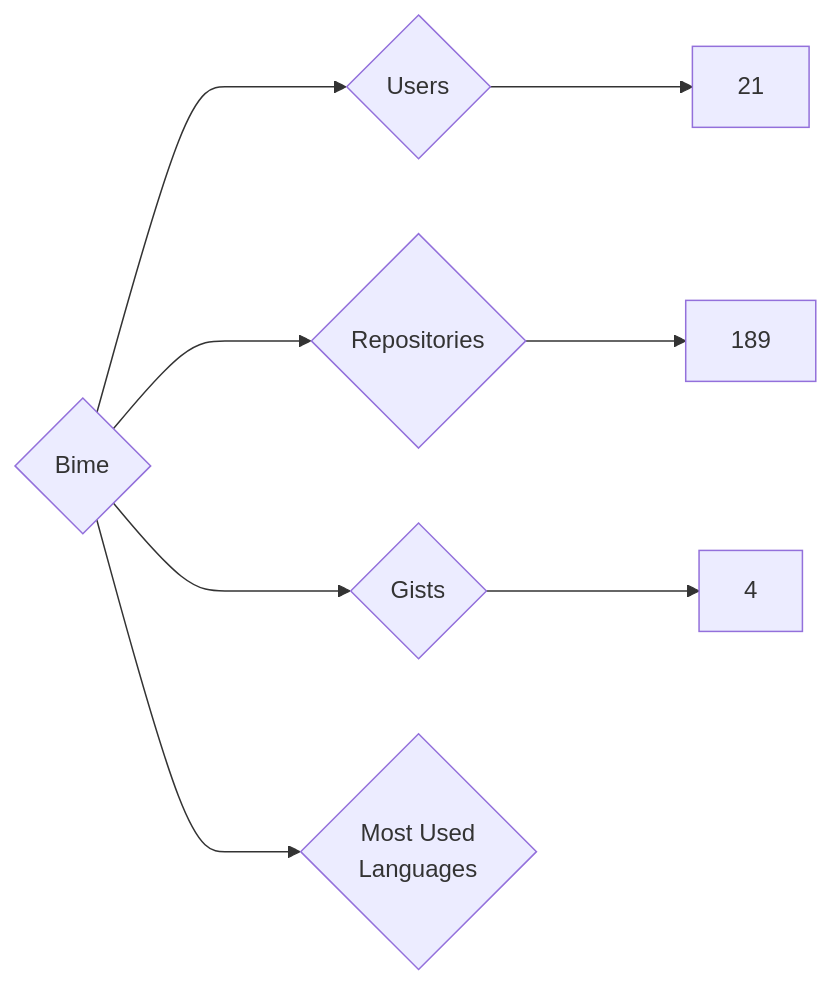
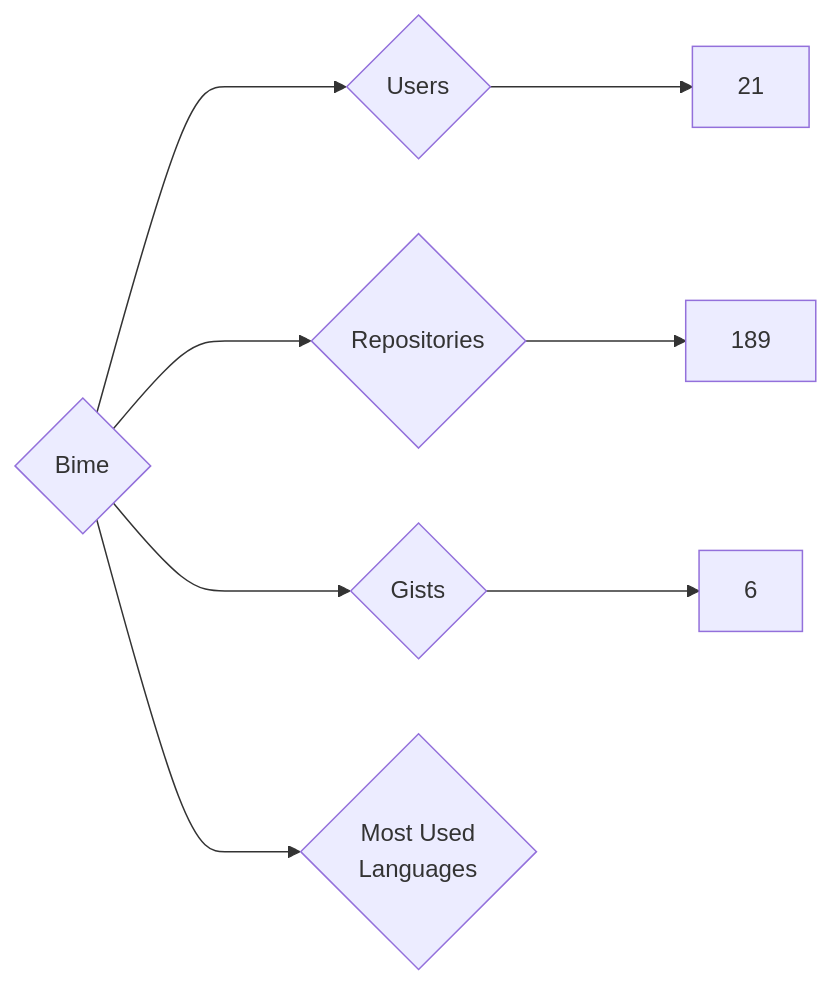
The diagram in targets/Bime/README.md (nenadzaric/insiders), drawn with Mermaid before and after one commit. The commit also changed 1342 other files, not shown here.

````diff
--- a/targets/Bime/README.md
+++ b/targets/Bime/README.md
@@ -3,8 +3,8 @@
 ```mermaid
 graph LR
 COMPANY_NAME{Bime}
 COMPANY_NAME ---> U{Users} ---> UN[21]
 COMPANY_NAME ---> R{Repositories} ---> RN[189]
-COMPANY_NAME ---> G{Gists} ---> GN[4]
+COMPANY_NAME ---> G{Gists} ---> GN[6]
 COMPANY_NAME ---> ML{Most Used<br>Languages}
 ```
````
